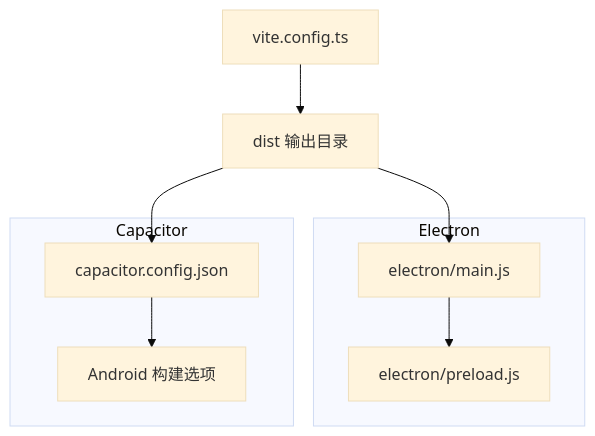
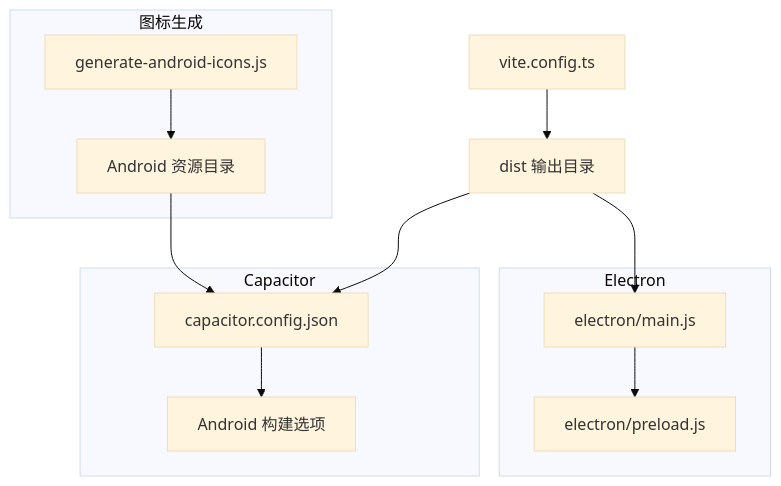
Before and after one commit to xiao-lin-unit/yuan: the seventh of 8 diagrams in .qoder/repowiki/zh/content/跨平台支持/构建脚本与自动化.md, drawn with Mermaid (base theme). The commit also changed other lines of this file and 11 other files, not shown here.

````diff
--- a/.qoder/repowiki/zh/content/跨平台支持/构建脚本与自动化.md
+++ b/.qoder/repowiki/zh/content/跨平台支持/构建脚本与自动化.md
@@ -234,12 +300,16 @@
 ```mermaid
 graph TB
 subgraph "Electron"
 EM["electron/main.js"] --> EP["electron/preload.js"]
 end
 subgraph "Capacitor"
 CC["capacitor.config.json"] --> AND["Android 构建选项"]
 end
+subgraph "图标生成"
+GEN["generate-android-icons.js"] --> RES["Android 资源目录"]
+end
 VC["vite.config.ts"] --> DIST["dist 输出目录"]
 DIST --> CC
 DIST --> EM
+RES --> CC
 ```
````
